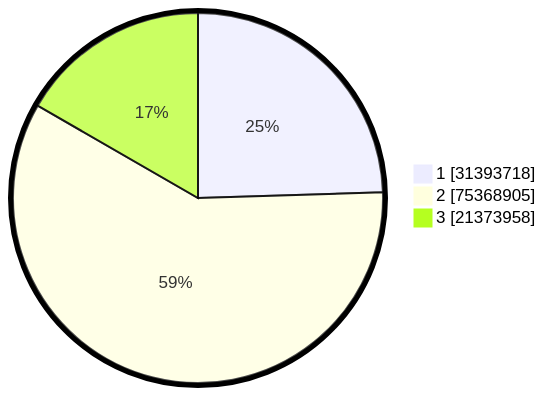
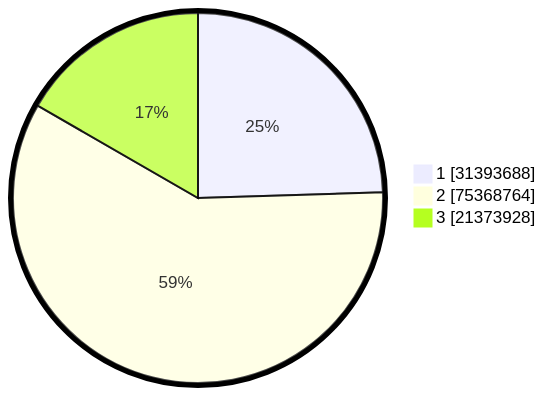
The second of 2 diagrams in pilpres/hitung-suara/README.md (gigit-pemilu/pemilu-2024), drawn with Mermaid before and after one commit. The commit also changed other lines of this file and 5 other files, not shown here.

````diff
--- a/pilpres/hitung-suara/README.md
+++ b/pilpres/hitung-suara/README.md
@@ -93,7 +93,7 @@
 ```mermaid
 %%{init: {"pie": {"textPosition": 0.5}, "themeVariables": {"pieOuterStrokeWidth": "5px"}} }%%
 pie showData
-    "1" : 31393718
-    "2" : 75368905
-    "3" : 21373958
+    "1" : 31393688
+    "2" : 75368764
+    "3" : 21373928
 ```
````
